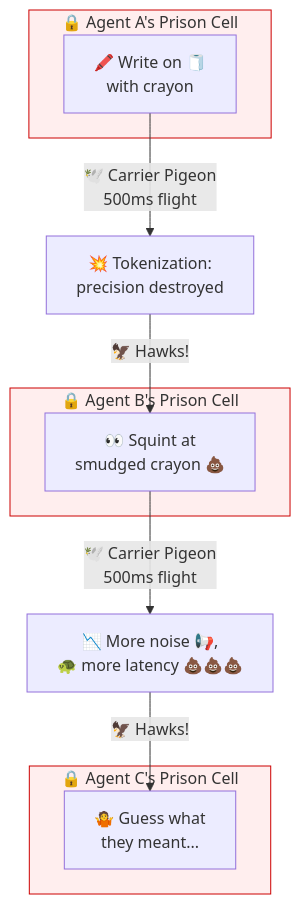
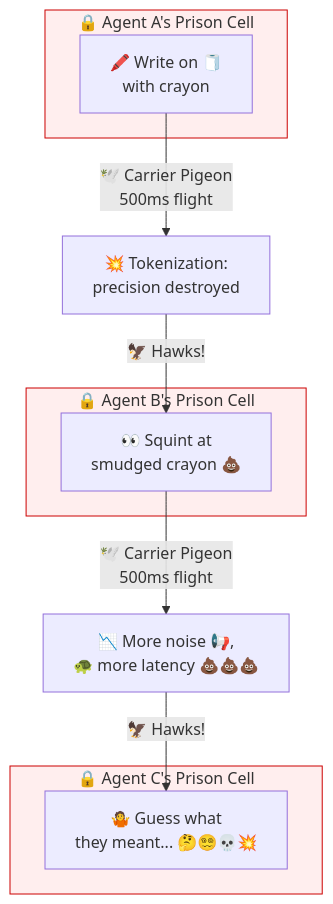
Before and after one commit to SimHacker/moollm: the first of 7 diagrams in designs/SPEED-OF-LIGHT-VS-CARRIER-PIGEON.md, drawn with Mermaid.

Commit message:
Add confusion/chaos emojis to final Carrier Pigeon cell
Agent C's fate: 🤷 Guess what they meant... 🤔😵‍💫💀💥

Thinking, spiraling into confusion, death, explosion.
The full arc of inter-completion despair.

````diff
--- a/designs/SPEED-OF-LIGHT-VS-CARRIER-PIGEON.md
+++ b/designs/SPEED-OF-LIGHT-VS-CARRIER-PIGEON.md
@@ -24,23 +24,23 @@
 ```mermaid
 flowchart TB
     subgraph CellA["🔒 Agent A's Prison Cell"]
         A1["🖍️ Write on 🧻<br/>with crayon"]
     end
     
     subgraph CellB["🔒 Agent B's Prison Cell"]
         B1["👀 Squint at<br/>smudged crayon 💩"]
     end
     
     subgraph CellC["🔒 Agent C's Prison Cell"]
-        C1["🤷 Guess what<br/>they meant..."]
+        C1["🤷 Guess what<br/>they meant... 🤔😵‍💫💀💥"]
     end
     
     A1 -->|"🕊️ Carrier Pigeon<br/>500ms flight"| tokenize1["💥 Tokenization:<br/>precision destroyed"]
     tokenize1 -->|"🦅 Hawks!"| B1
     B1 -->|"🕊️ Carrier Pigeon<br/>500ms flight"| tokenize2["📉 More noise 📢,<br/>🐢 more latency 💩💩💩"]
     tokenize2 -->|"🦅 Hawks!"| C1
     
     style CellA fill:#fee,stroke:#c00
     style CellB fill:#fee,stroke:#c00
     style CellC fill:#fee,stroke:#c00
 ```
````
